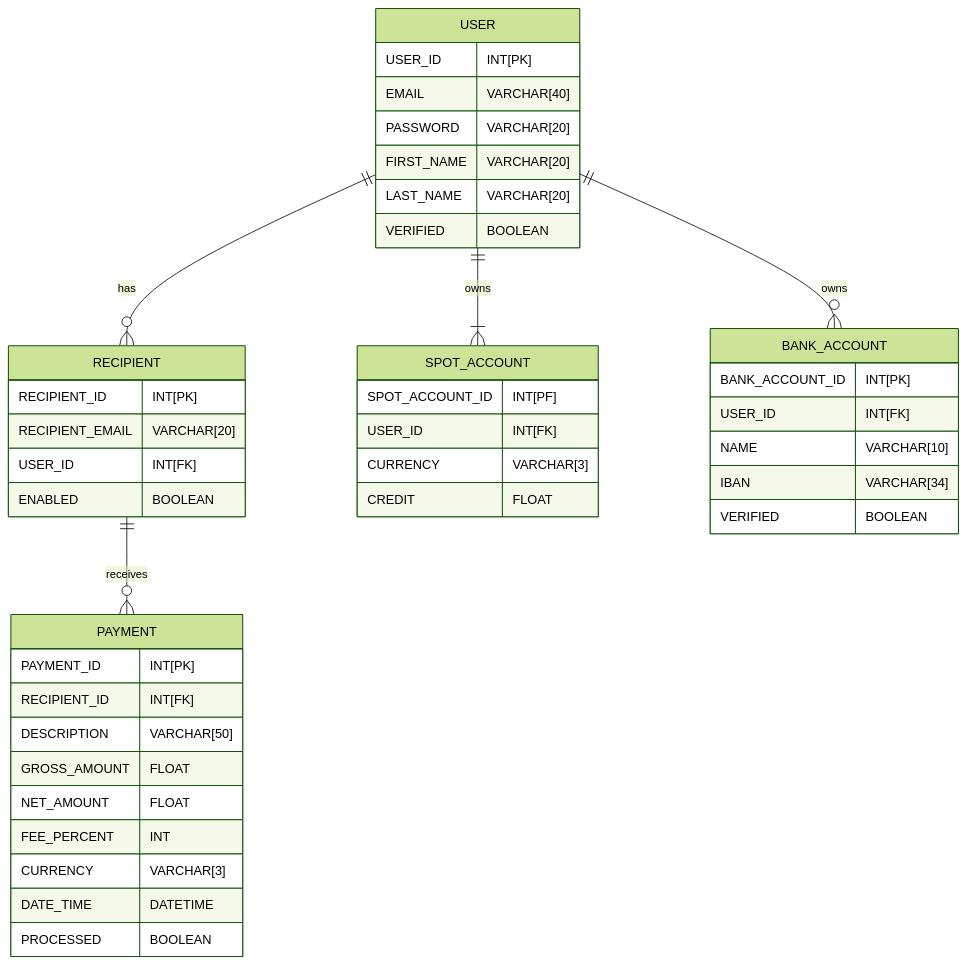
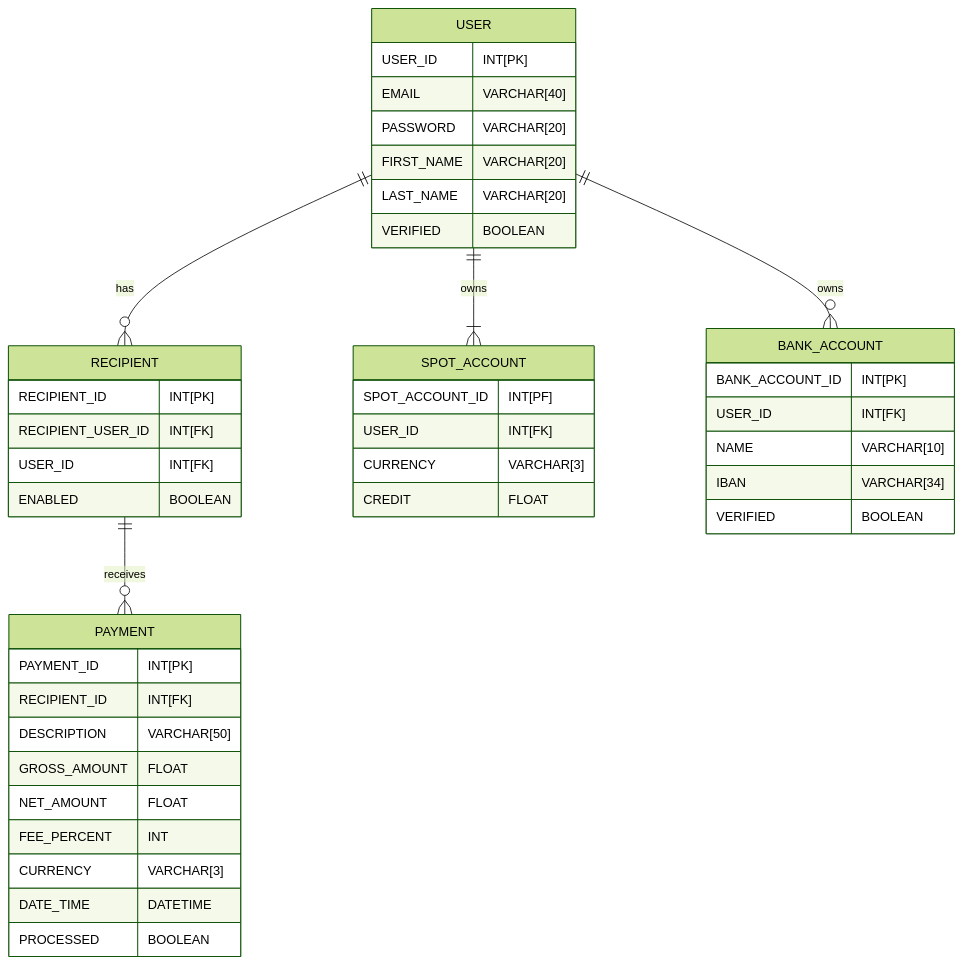
Before and after one commit to mactepluke/pmb: the second of 2 diagrams in README.md, drawn with Mermaid (forest theme). The commit also changed 13 other files, not shown here.

````diff
--- a/README.md
+++ b/README.md
@@ -51,48 +51,48 @@
 ```mermaid
 erDiagram
     USER ||--o{ RECIPIENT : "has"
     USER ||--|{ SPOT_ACCOUNT : owns
     RECIPIENT ||--o{ PAYMENT : receives
     USER ||--o{ BANK_ACCOUNT : owns
 
     USER {
         USER_ID INT[PK]
         EMAIL VARCHAR[40]
         PASSWORD VARCHAR[20]
         FIRST_NAME VARCHAR[20]
         LAST_NAME VARCHAR[20]
         VERIFIED BOOLEAN
 }
 SPOT_ACCOUNT {
     SPOT_ACCOUNT_ID INT[PF]
     USER_ID INT[FK]
     CURRENCY VARCHAR[3]
     CREDIT FLOAT
 }
 RECIPIENT  {
     RECIPIENT_ID INT[PK]
-    RECIPIENT_EMAIL VARCHAR[20]
+    RECIPIENT_USER_ID INT[FK]
     USER_ID INT[FK]
     ENABLED BOOLEAN
 }
 
 BANK_ACCOUNT    {
     BANK_ACCOUNT_ID INT[PK]
     USER_ID INT[FK]
     NAME VARCHAR[10]
     IBAN VARCHAR[34]
     VERIFIED BOOLEAN
 }
 
 PAYMENT {
     PAYMENT_ID INT[PK]
     RECIPIENT_ID INT[FK]
     DESCRIPTION VARCHAR[50]
     GROSS_AMOUNT FLOAT
     NET_AMOUNT FLOAT
     FEE_PERCENT INT
     CURRENCY VARCHAR[3]
     DATE_TIME DATETIME
     PROCESSED BOOLEAN
 }
 ```
````
